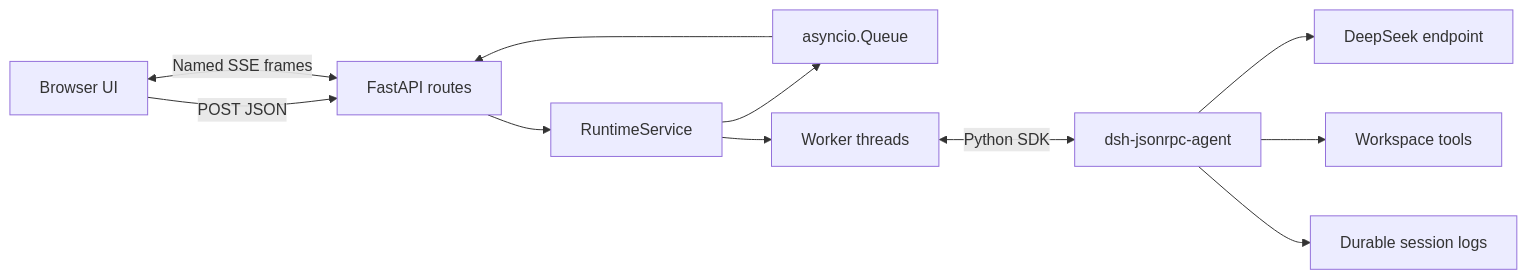
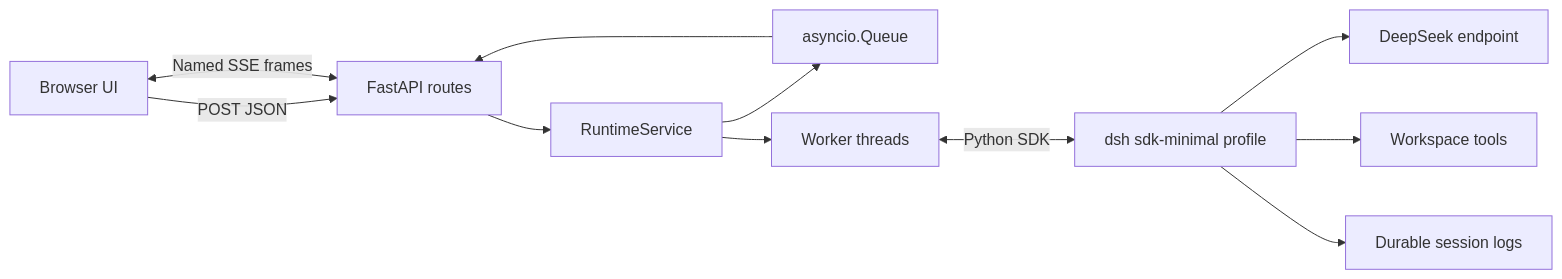
One commit to eriklee1895/hands-on-dsh changed the diagram in tutorials/fastapi-101/README.md. Above: the diagram before and after it, drawn with Mermaid. The commit also changed other lines of this file and 48 other files, not shown here.

````diff
--- a/tutorials/fastapi-101/README.md
+++ b/tutorials/fastapi-101/README.md
@@ -15,13 +15,13 @@
 ```mermaid
 flowchart LR
     Browser[Browser UI] -->|POST JSON| FastAPI[FastAPI routes]
     Browser <-->|Named SSE frames| FastAPI
     FastAPI --> Service[RuntimeService]
     Service --> Queue[asyncio.Queue]
     Service --> Worker[Worker threads]
-    Worker <-->|Python SDK| Runtime[dsh-jsonrpc-agent]
+    Worker <-->|Python SDK| Runtime[dsh sdk-minimal profile]
     Runtime --> Model[DeepSeek endpoint]
     Runtime --> Tools[Workspace tools]
     Runtime --> Logs[Durable session logs]
     Queue --> FastAPI
 ```
````
